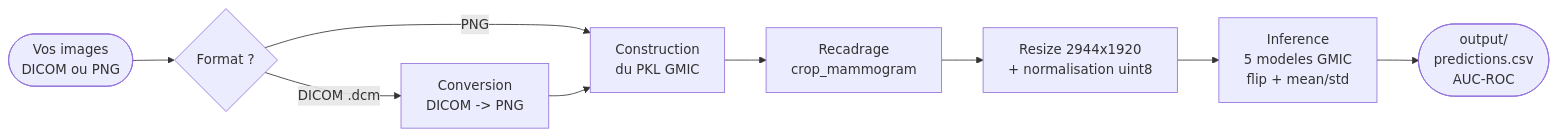
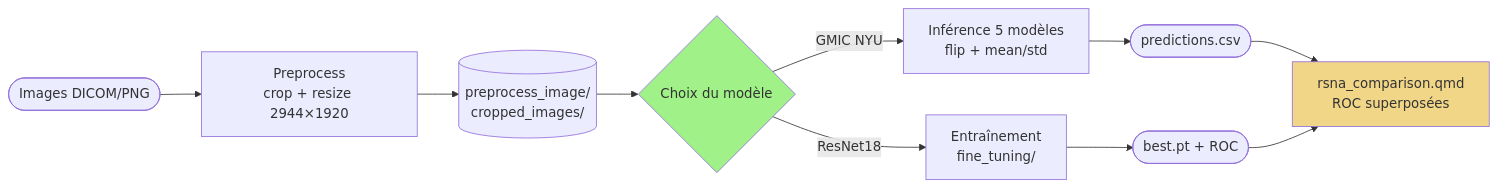
The diagram in README.md (joshdeutc/projet_cancer_sein), drawn with Mermaid before and after one commit. The commit also changed other lines of this file and 73 other files, not shown here.

````diff
--- a/README.md
+++ b/README.md
@@ -27,13 +22,18 @@
 ```mermaid
 flowchart LR
-    A([Vos images\nDICOM ou PNG]) --> B{Format ?}
-    B -->|DICOM .dcm| C[Conversion\nDICOM -> PNG]
-    B -->|PNG| D[Construction\ndu PKL GMIC]
-    C --> D
+    A([Images DICOM/PNG]) --> B[Preprocess<br/>crop + resize 2944×1920]
+    B --> C[(preprocess_image/<br/>cropped_images/)]
 
-    D --> E[Recadrage\ncrop_mammogram]
-    E --> F[Resize 2944x1920\n+ normalisation uint8]
-    F --> G[Inference\n5 modeles GMIC\nflip + mean/std]
+    C --> D{Choix du modèle}
+    D -->|GMIC NYU| E[Inférence 5 modèles<br/>flip + mean/std]
+    D -->|ResNet18| F[Entraînement<br/>fine_tuning/]
 
-    G --> H([output/\npredictions.csv\nAUC-ROC])
+    E --> G([predictions.csv])
+    F --> H([best.pt + ROC])
+
+    G --> I[rsna_comparison.qmd<br/>ROC superposées]
+    H --> I
+
+    style D fill:#A0F288
+    style I fill:#F2D688
 ```
````
